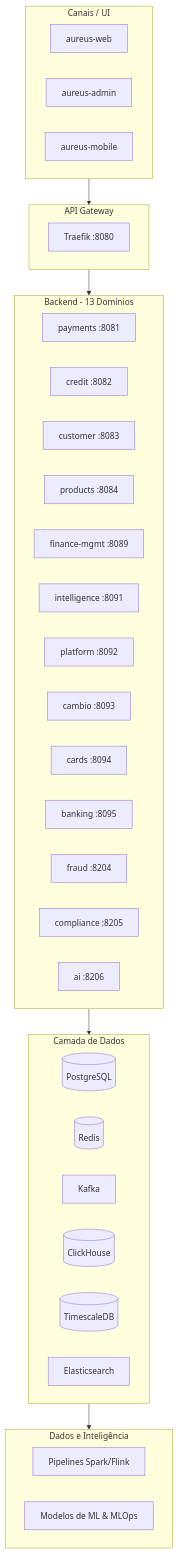
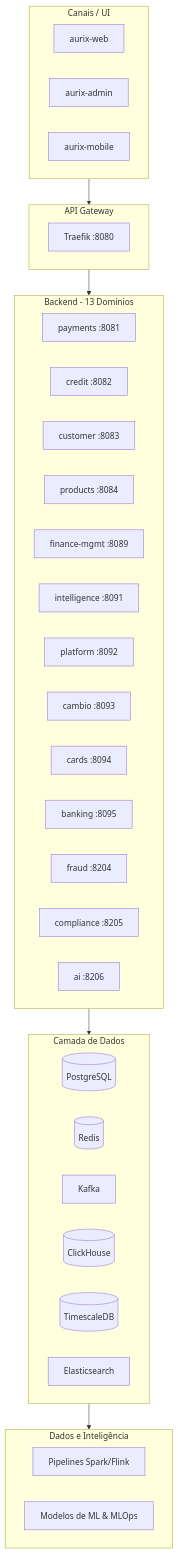
The diagram in 01-business/big-picture.md (aurix-core-banking/aurix-docs), drawn with Mermaid before and after one commit. The commit also changed other lines of this file and 126 other files, not shown here.

Commit message:
rename: Aureus → Aurix (diretórios, packages, docs, configs)

````diff
--- a/01-business/big-picture.md
+++ b/01-business/big-picture.md
@@ -34,47 +34,47 @@
 ```mermaid
 flowchart TB
   subgraph Canais["Canais / UI"]
-    Web[aureus-web]
-    Admin[aureus-admin]
-    Mobile[aureus-mobile]
+    Web[aurix-web]
+    Admin[aurix-admin]
+    Mobile[aurix-mobile]
   end
 
   subgraph Gateway["API Gateway"]
     GW[Traefik :8080]
   end
 
   subgraph Backend["Backend - 13 Domínios"]
     PAY[payments :8081]
     CRD[credit :8082]
     CUS[customer :8083]
     PRD[products :8084]
     FIN[finance-mgmt :8089]
     INT[intelligence :8091]
     PLT[platform :8092]
     CAM[cambio :8093]
     CRD2[cards :8094]
     BNK[banking :8095]
     FRD[fraud :8204]
     CMP[compliance :8205]
     AI[ai :8206]
   end
 
   subgraph DataLayer["Camada de Dados"]
     PG[(PostgreSQL)]
     Redis[(Redis)]
     Kafka[Kafka]
     CH[(ClickHouse)]
     TS[(TimescaleDB)]
     ES[Elasticsearch]
   end
 
   subgraph Pipelines["Dados e Inteligência"]
     DP[Pipelines Spark/Flink]
     ML[Modelos de ML & MLOps]
   end
 
   Canais --> Gateway
   Gateway --> Backend
   Backend --> DataLayer
   DataLayer --> Pipelines
 ```
````
